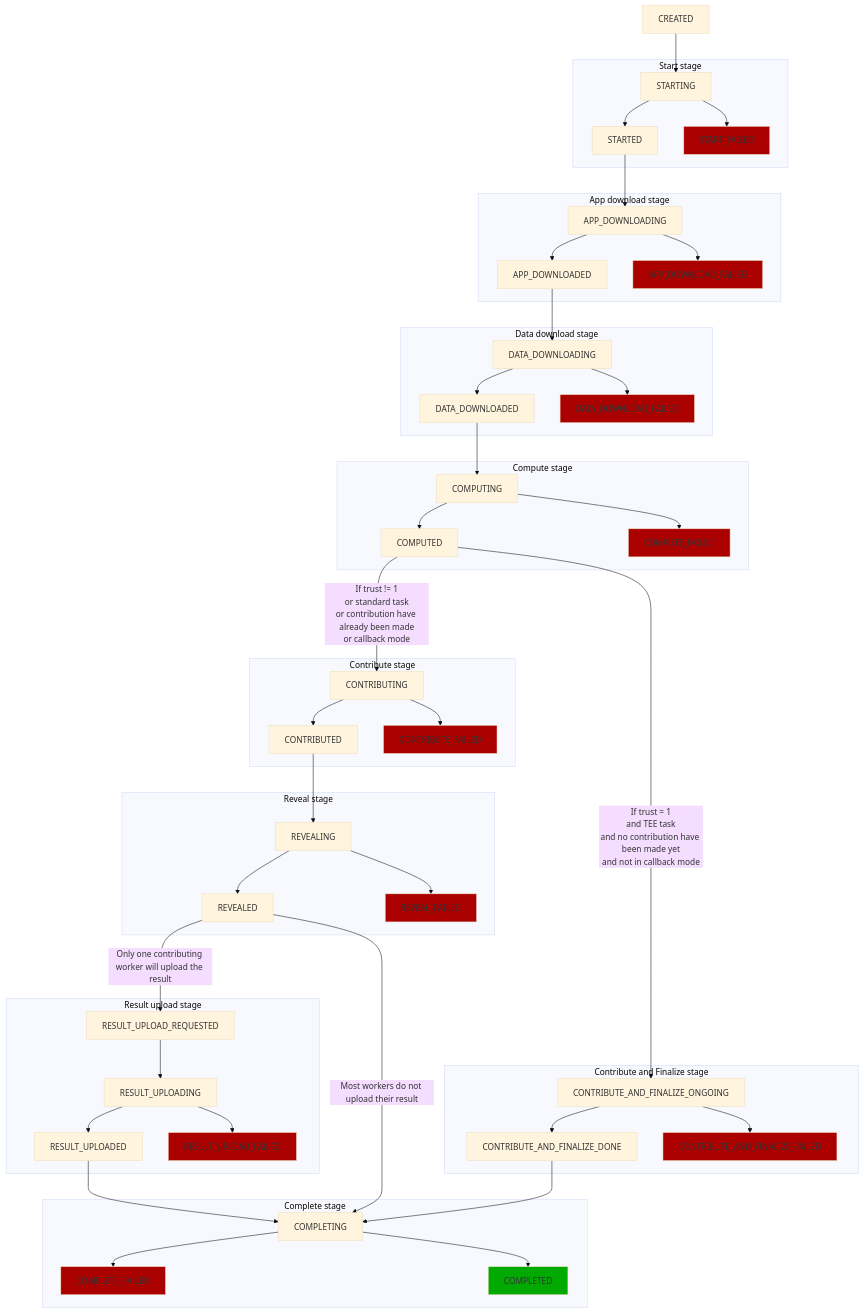
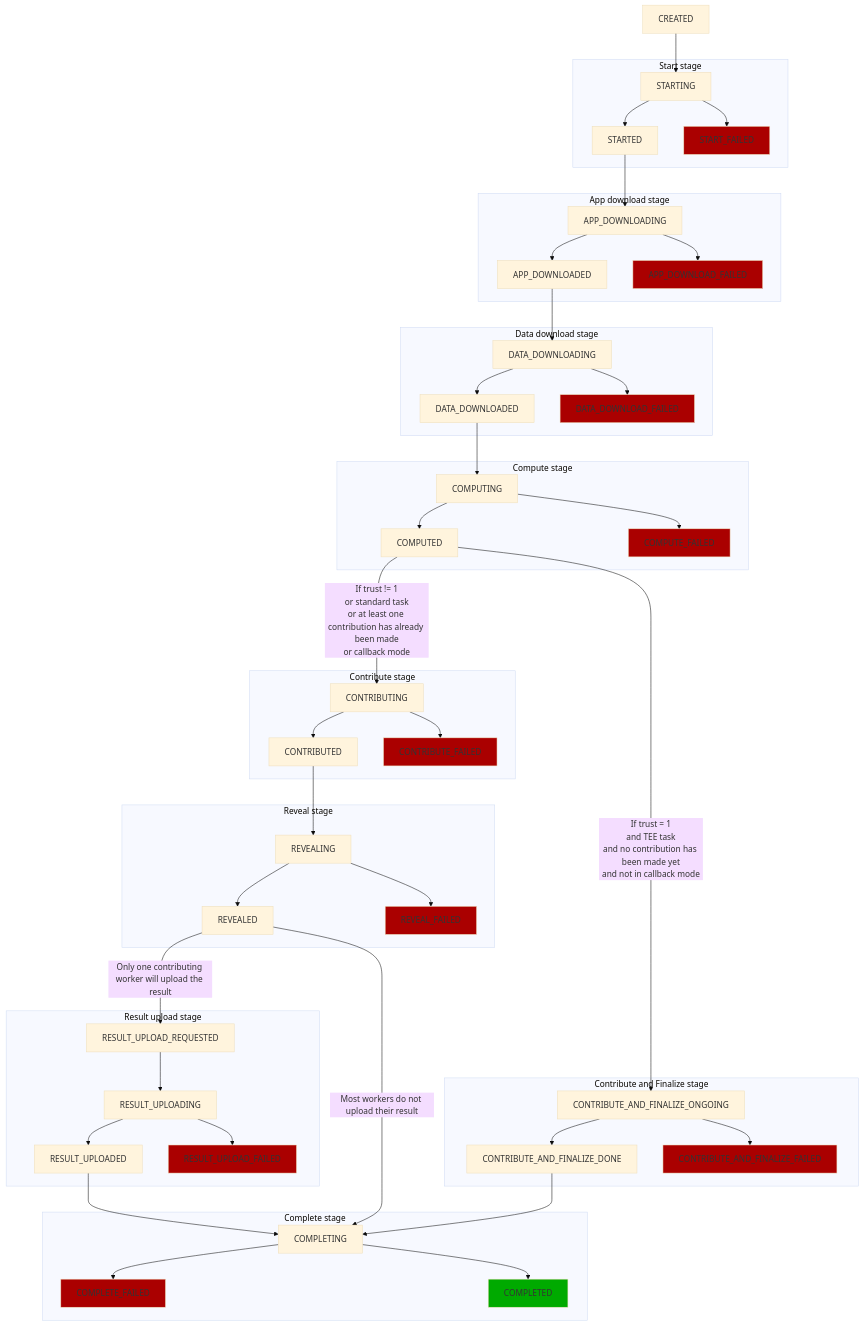
The second of 2 diagrams in for-developers/advanced/task-feedback.md (iExecBlockchainComputing/documentation), drawn with Mermaid (base theme) before and after one commit.

Commit message:
Fix singular/plural issue

````diff
--- a/for-developers/advanced/task-feedback.md
+++ b/for-developers/advanced/task-feedback.md
@@ -133,72 +133,72 @@
 ```mermaid
 flowchart
 
 CREATED --> STARTING
 
 subgraph Start stage
     STARTING --> STARTED
     STARTING --> START_FAILED:::failure
 end
 
 subgraph App download stage
     STARTED --> APP_DOWNLOADING
 
     APP_DOWNLOADING --> APP_DOWNLOADED
     APP_DOWNLOADING --> APP_DOWNLOAD_FAILED:::failure
 end
 
 subgraph Data download stage
     APP_DOWNLOADED --> DATA_DOWNLOADING
 
     DATA_DOWNLOADING --> DATA_DOWNLOADED
     DATA_DOWNLOADING --> DATA_DOWNLOAD_FAILED:::failure
 end
 
 subgraph Compute stage
     DATA_DOWNLOADED --> COMPUTING
 
     COMPUTING --> COMPUTED
     COMPUTING --> COMPUTE_FAILED:::failure
 end
 
 subgraph Contribute stage
-    COMPUTED -- If trust != 1\nor standard task\nor contribution have already been made\nor callback mode --> CONTRIBUTING
+    COMPUTED -- If trust != 1\nor standard task\nor at least one contribution has already been made\nor callback mode --> CONTRIBUTING
 
     CONTRIBUTING --> CONTRIBUTED
     CONTRIBUTING --> CONTRIBUTE_FAILED:::failure
 end
 
 subgraph Reveal stage
     CONTRIBUTED --> REVEALING
 
     REVEALING --> REVEALED
     REVEALING --> REVEAL_FAILED:::failure
 end
 
 subgraph Result upload stage
     REVEALED -- Only one contributing worker will upload the result --> RESULT_UPLOAD_REQUESTED
     RESULT_UPLOAD_REQUESTED --> RESULT_UPLOADING
     RESULT_UPLOADING --> RESULT_UPLOADED
     RESULT_UPLOADING --> RESULT_UPLOAD_FAILED:::failure
 end
 
 subgraph Contribute and Finalize stage
-    COMPUTED -- If trust = 1\nand TEE task\nand no contribution have been made yet\nand not in callback mode --> CONTRIBUTE_AND_FINALIZE_ONGOING
+    COMPUTED -- If trust = 1\nand TEE task\nand no contribution has been made yet\nand not in callback mode --> CONTRIBUTE_AND_FINALIZE_ONGOING
 
     CONTRIBUTE_AND_FINALIZE_ONGOING --> CONTRIBUTE_AND_FINALIZE_DONE
     CONTRIBUTE_AND_FINALIZE_ONGOING --> CONTRIBUTE_AND_FINALIZE_FAILED:::failure
 end
 
 subgraph Complete stage
     RESULT_UPLOADED --> COMPLETING
     REVEALED -- Most workers do not upload their result --> COMPLETING
     CONTRIBUTE_AND_FINALIZE_DONE --> COMPLETING
 
     COMPLETING --> COMPLETE_FAILED:::failure
     COMPLETING --> COMPLETED:::completed
 end
 
 %% Style definitions
 classDef failure fill:#a00
 classDef completed fill:#0a0
 ```
````
